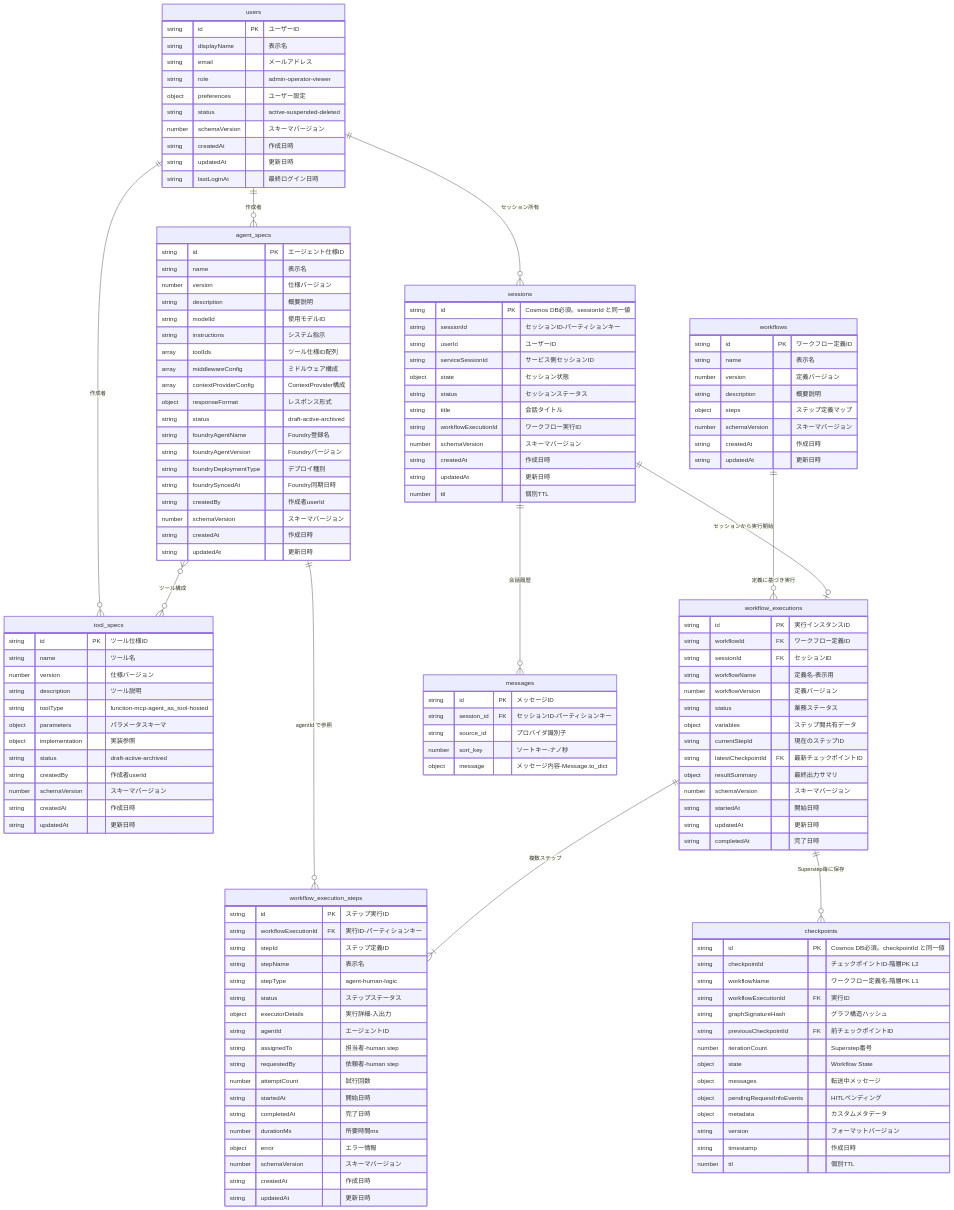
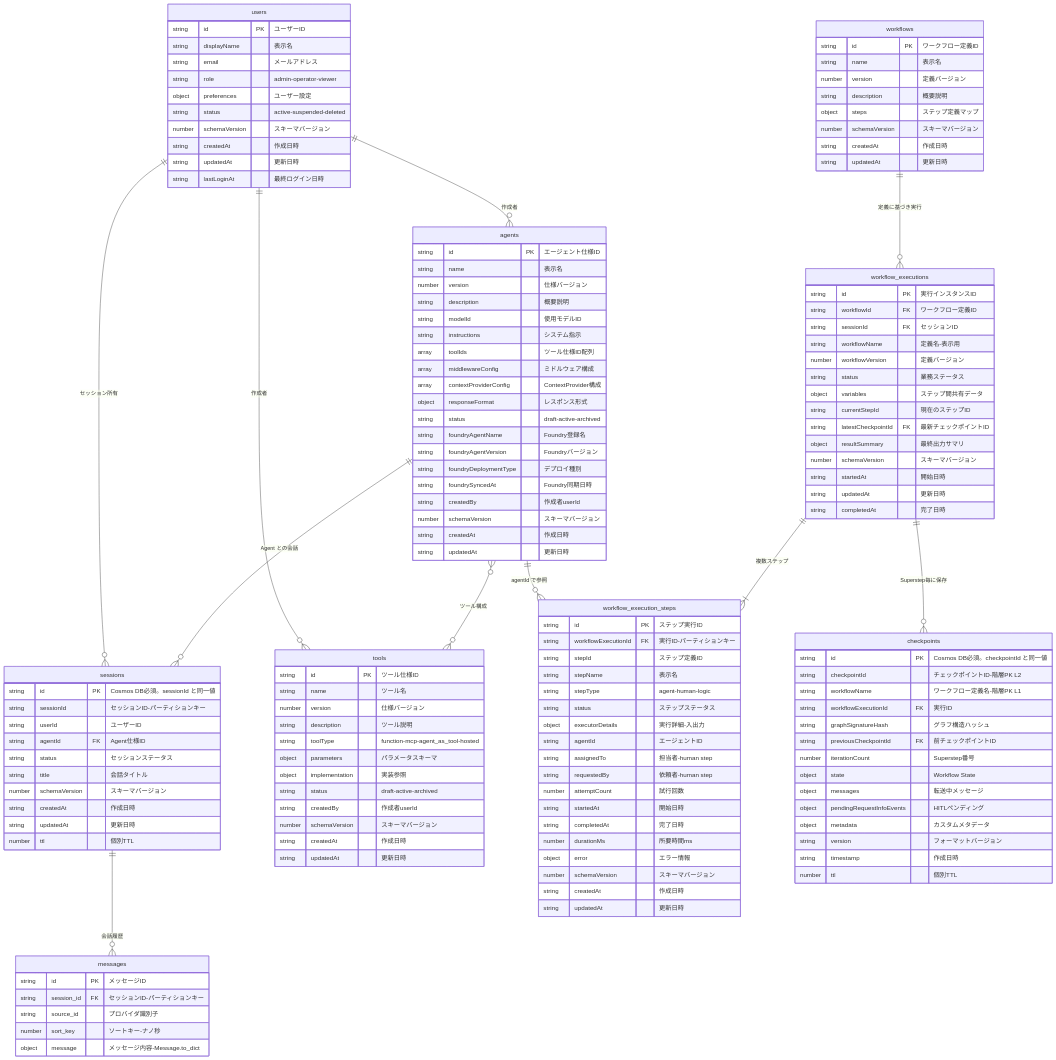
One commit to MizuRyu/maf-hands-on changed the diagram in docs/specs/cosmos-db-design.md. Above: the diagram before and after it, drawn with Mermaid. The commit also changed other lines of this file and 46 other files, not shown here.

First line of the commit message:
refactor: agent_runs 廃止、Session ベース実行、コンテナリネーム、Factory 移行

````diff
--- a/docs/specs/cosmos-db-design.md
+++ b/docs/specs/cosmos-db-design.md
@@ -59,17 +59,17 @@
 ```mermaid
 erDiagram
     users ||--o{ sessions : "セッション所有"
-    users ||--o{ agent_specs : "作成者"
-    users ||--o{ tool_specs : "作成者"
-    agent_specs }o--o{ tool_specs : "ツール構成"
-    agent_specs ||--o{ workflow_execution_steps : "agentId で参照"
+    users ||--o{ agents : "作成者"
+    users ||--o{ tools : "作成者"
+    agents }o--o{ tools : "ツール構成"
+    agents ||--o{ sessions : "Agent との会話"
+    agents ||--o{ workflow_execution_steps : "agentId で参照"
     workflows ||--o{ workflow_executions : "定義に基づき実行"
     workflow_executions ||--|{ workflow_execution_steps : "複数ステップ"
     workflow_executions ||--o{ checkpoints : "Superstep毎に保存"
     sessions ||--o{ messages : "会話履歴"
-    sessions ||--o| workflow_executions : "セッションから実行開始"
 
-    agent_specs {
+    agents {
         string id PK "エージェント仕様ID"
         string name "表示名"
         number version "仕様バージョン"
@@ -91,7 +91,7 @@
         string updatedAt "更新日時"
     }
 
-    tool_specs {
+    tools {
         string id PK "ツール仕様ID"
         string name "ツール名"
         number version "仕様バージョン"
@@ -176,11 +176,9 @@
         string id PK "Cosmos DB必須。sessionId と同一値"
         string sessionId "セッションID-パーティションキー"
         string userId "ユーザーID"
-        string serviceSessionId "サービス側セッションID"
-        object state "セッション状態"
+        string agentId FK "Agent仕様ID"
         string status "セッションステータス"
         string title "会話タイトル"
-        string workflowExecutionId "ワークフロー実行ID"
         number schemaVersion "スキーマバージョン"
         string createdAt "作成日時"
         string updatedAt "更新日時"
````
